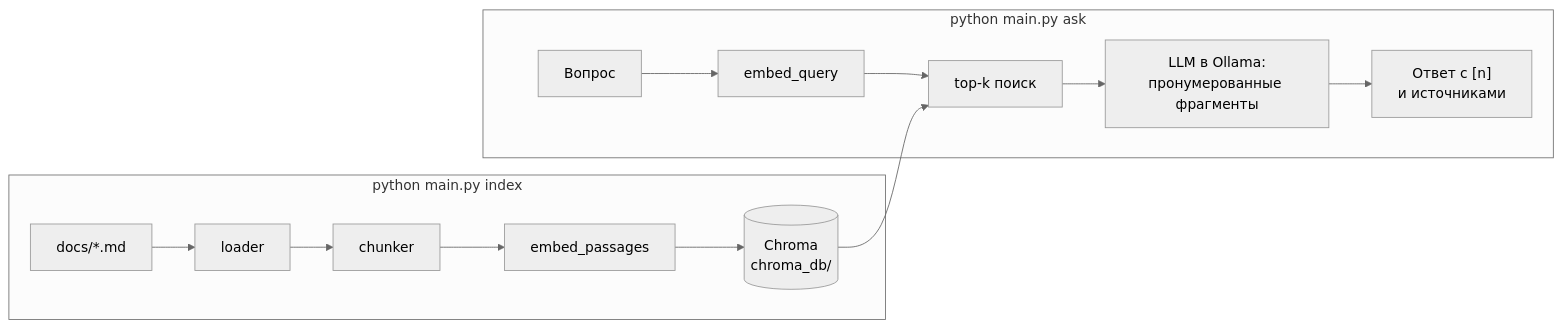
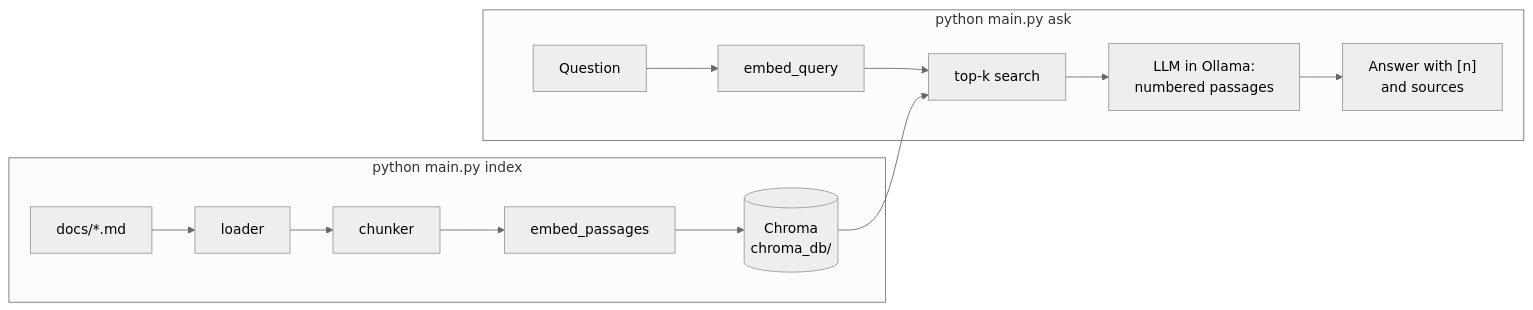
Before and after one commit to ZhdankovAlex/rag-from-scratch: the diagram in README.md, drawn with Mermaid (neutral theme). The commit also changed other lines of this file and 19 other files, not shown here.

````diff
--- a/README.md
+++ b/README.md
@@ -19,10 +37,10 @@
 ```mermaid
 flowchart LR
-    subgraph Индексация["python main.py index"]
+    subgraph Indexing["python main.py index"]
         D["docs/*.md"] --> L[loader] --> C[chunker] --> E1[embed_passages] --> V[("Chroma<br/>chroma_db/")]
     end
-    subgraph Ответ["python main.py ask"]
-        Q[Вопрос] --> E2[embed_query] --> S["top-k поиск"] --> P["LLM в Ollama:<br/>пронумерованные фрагменты"] --> A["Ответ с [n]<br/>и источниками"]
+    subgraph Answer["python main.py ask"]
+        Q[Question] --> E2[embed_query] --> S["top-k search"] --> P["LLM in Ollama:<br/>numbered passages"] --> A["Answer with [n]<br/>and sources"]
     end
     V --> S
 ```
````
